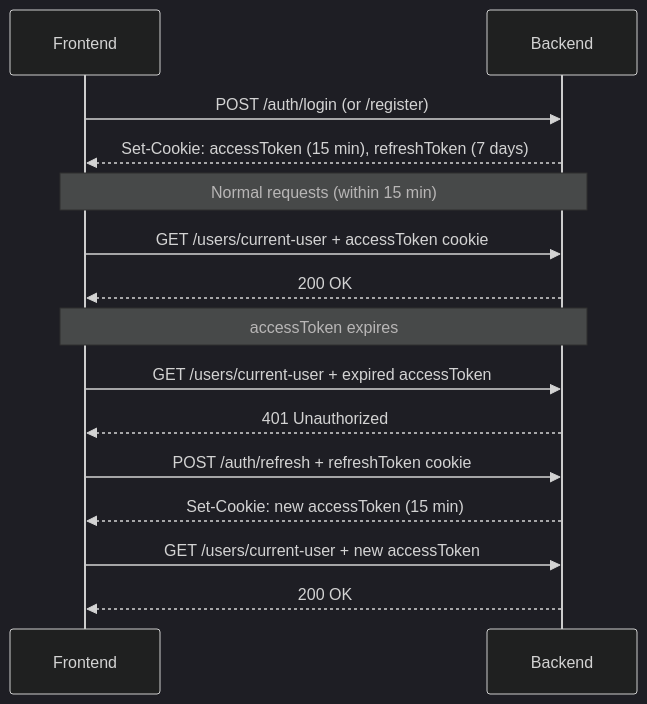
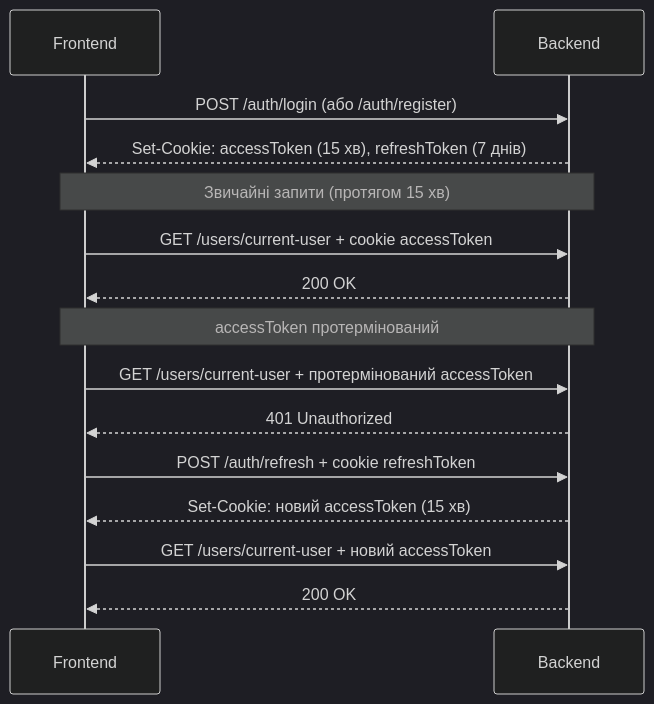
One commit to MaksymChalyi/Verdora-backend changed the third of 3 diagrams in docs/auth/jwt.md. Above: the diagram before and after it, drawn with Mermaid (dark theme). The commit also changed other lines of this file and 12 other files, not shown here.

First line of the commit message:
[DOCS]: Synchronize backend documentation with current implementation

````diff
--- a/docs/auth/jwt.md
+++ b/docs/auth/jwt.md
@@ -205,22 +222,22 @@
 ```mermaid
 sequenceDiagram
     participant Frontend
     participant Backend
 
-    Frontend->>Backend: POST /auth/login (or /register)
-    Backend-->>Frontend: Set-Cookie: accessToken (15 min), refreshToken (7 days)
+    Frontend->>Backend: POST /auth/login (або /auth/register)
+    Backend-->>Frontend: Set-Cookie: accessToken (15 хв), refreshToken (7 днів)
 
-    note over Frontend,Backend: Normal requests (within 15 min)
-    Frontend->>Backend: GET /users/current-user + accessToken cookie
+    note over Frontend,Backend: Звичайні запити (протягом 15 хв)
+    Frontend->>Backend: GET /users/current-user + cookie accessToken
     Backend-->>Frontend: 200 OK
 
-    note over Frontend,Backend: accessToken expires
-    Frontend->>Backend: GET /users/current-user + expired accessToken
+    note over Frontend,Backend: accessToken протермінований
+    Frontend->>Backend: GET /users/current-user + протермінований accessToken
     Backend-->>Frontend: 401 Unauthorized
 
-    Frontend->>Backend: POST /auth/refresh + refreshToken cookie
-    Backend-->>Frontend: Set-Cookie: new accessToken (15 min)
+    Frontend->>Backend: POST /auth/refresh + cookie refreshToken
+    Backend-->>Frontend: Set-Cookie: новий accessToken (15 хв)
 
-    Frontend->>Backend: GET /users/current-user + new accessToken
+    Frontend->>Backend: GET /users/current-user + новий accessToken
     Backend-->>Frontend: 200 OK
 ```
````
